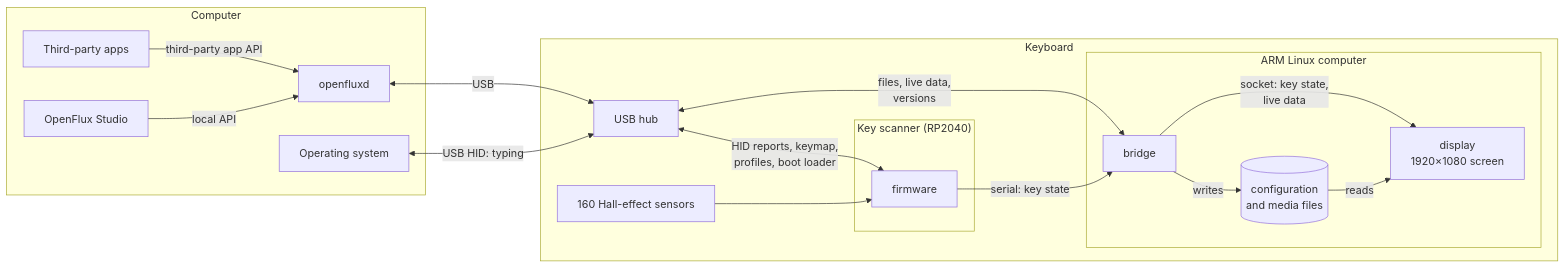
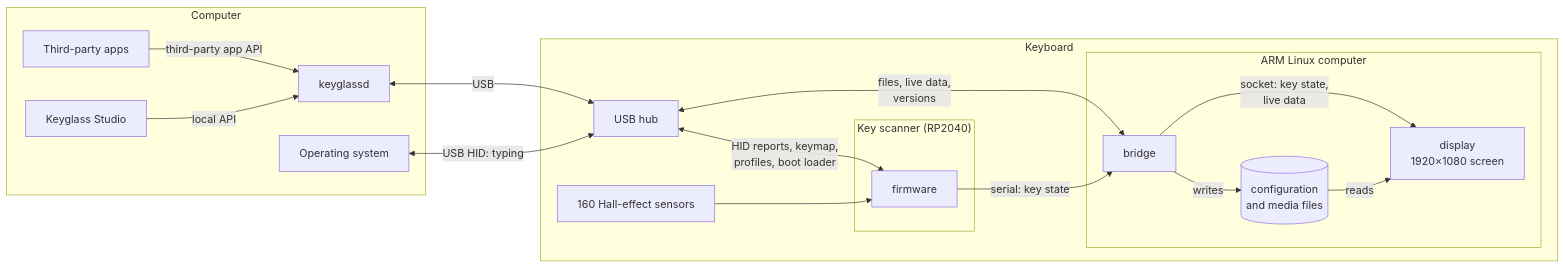
Before and after one commit to Scott-Meyer/openflux: the diagram in docs/architecture.md, drawn with Mermaid. The commit also changed other lines of this file and 375 other files, not shown here.

````diff
--- a/docs/architecture.md
+++ b/docs/architecture.md
@@ -13,32 +13,32 @@
 ```mermaid
 flowchart LR
     subgraph computer["Computer"]
         apps["Third-party apps"]
-        studio["OpenFlux Studio"]
-        daemon["openfluxd"]
+        studio["Keyglass Studio"]
+        daemon["keyglassd"]
         os["Operating system"]
     end
     subgraph keyboard["Keyboard"]
         hub["USB hub"]
         subgraph scanner["Key scanner (RP2040)"]
             fw["firmware"]
         end
         sensors["160 Hall-effect sensors"]
         subgraph linuxpc["ARM Linux computer"]
             bridge["bridge"]
             files[("configuration<br/>and media files")]
             display["display<br/>1920×1080 screen"]
         end
     end
     apps -->|"third-party app API"| daemon
     studio -->|"local API"| daemon
     daemon <-->|"USB"| hub
     os <-->|"USB HID: typing"| hub
     hub <-->|"HID reports, keymap,<br/>profiles, boot loader"| fw
     hub <-->|"files, live data,<br/>versions"| bridge
     sensors --> fw
     fw -->|"serial: key state"| bridge
     bridge -->|"socket: key state,<br/>live data"| display
     bridge -->|"writes"| files
     files -->|"reads"| display
 ```
````
